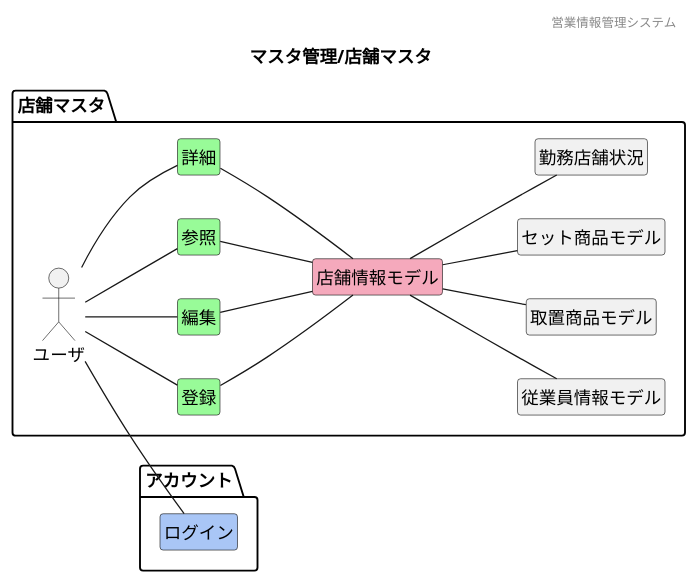
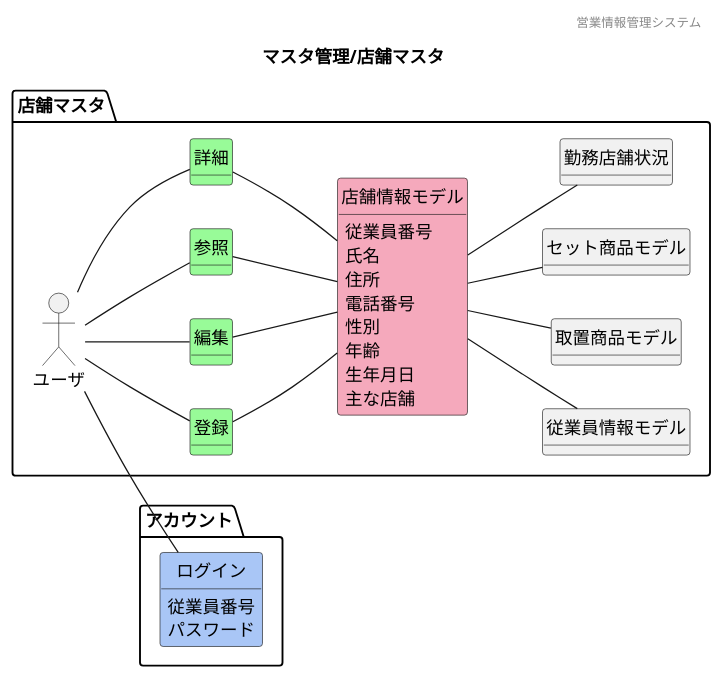
Before and after one commit to HaruShim/Sotuken: the diagram in 各種設計書/1ドメインモデル図/マスタ管理/F02店舗マスタ.plantuml, drawn with PlantUML. The commit also changed 13 other files, not shown here.

```diff
--- a/各種設計書/1ドメインモデル図/マスタ管理/F02店舗マスタ.plantuml
+++ b/各種設計書/1ドメインモデル図/マスタ管理/F02店舗マスタ.plantuml
@@ -1,93 +1,95 @@
 @startuml images/マスタ管理/店舗マスタ
 ' ヘッダー
 header 営業情報管理システム
 ' タイトル
 title マスタ管理/店舗マスタ
 ' 
 hide circle
 ' 
 hide method
-hide members
+' hide members
 left to right direction
 
 package "アカウント"{
     class "ログイン" #A9C6F6
 }
 
 package "店舗マスタ"{
     mix_actor "ユーザ"
     class "登録" #98fb98
     class "編集" #98fb98
     class "参照" #98fb98
     class "詳細" #98fb98
     class "店舗情報モデル" #F5A9BC
     class "従業員情報モデル"
     class "取置商品モデル"
     class "セット商品モデル"
     ' class "" #F5A9BC
     ' class "" #F5A9BC
     
 
     ユーザ -- 参照
     ユーザ -- 登録
     ユーザ -- 編集
     ユーザ -- 詳細
     参照 -- 店舗情報モデル
     登録 -- 店舗情報モデル
     編集 -- 店舗情報モデル
     詳細 -- 店舗情報モデル
     店舗情報モデル -- 勤務店舗状況
     店舗情報モデル -- 従業員情報モデル
     店舗情報モデル -- 取置商品モデル
     店舗情報モデル -- セット商品モデル
 
     店舗情報モデル : 従業員番号
     店舗情報モデル : 氏名
     店舗情報モデル : 住所
     店舗情報モデル : 電話番号
     店舗情報モデル : 性別
     店舗情報モデル : 年齢
     店舗情報モデル : 生年月日
     店舗情報モデル : 主な店舗
-    勤務店舗状況 : 店舗名
-    勤務店舗状況 : 従業員数
-    勤務店舗状況 : 責任者
-    店舗情報モデル : 店舗名
-    店舗情報モデル : 住所
-    店舗情報モデル : 連絡先
-    店舗情報モデル : 店長
-    店舗情報モデル : 主な従業員
-    セット商品モデル : セット商品ID
-    セット商品モデル : セット名
-    セット商品モデル : 商品コード
-    セット商品モデル : 型番
-    セット商品モデル : 店舗ID[FK]
-    セット商品モデル : 商品数
-    セット商品モデル : 作成日時
-    セット商品モデル : 最終更新日時
-    取置商品モデル : 取置予約ID
-    取置商品モデル : 商品コード[FK]
-    取置商品モデル : 型番
-    取置商品モデル : 店舗ID[FK]
-    取置商品モデル : 予約者氏名
-    取置商品モデル : 連絡先
-    取置商品モデル : 予約日時
-    取置商品モデル : 最終更新日時
-    従業員情報モデル : 従業員ID
-    従業員情報モデル : 雇用形態
-    従業員情報モデル : 店舗ID[FK]
-    従業員情報モデル : 氏名
-    従業員情報モデル : 氏名(カナ)
-    従業員情報モデル : 電話番号
-    従業員情報モデル : 性別
-    従業員情報モデル : 生年月日
-    従業員情報モデル : 年齢
-    従業員情報モデル : パスワード
-    従業員情報モデル : 無効フラグ
-    従業員情報モデル : 作成日時
-    従業員情報モデル : 最終更新日時
+    ' 勤務店舗状況 : 店舗名
+    ' 勤務店舗状況 : 従業員数
+    ' 勤務店舗状況 : 責任者
+    ' 店舗情報モデル : 店舗名
+    ' 店舗情報モデル : 住所
+    ' 店舗情報モデル : 連絡先
+    ' 店舗情報モデル : 店長
+    ' 店舗情報モデル : 主な従業員
+    ' セット商品モデル : セット商品ID
+    ' セット商品モデル : セット名
+    ' セット商品モデル : 商品コード
+    ' セット商品モデル : 型番
+    ' セット商品モデル : 店舗ID[FK]
+    ' セット商品モデル : 商品数
+    ' セット商品モデル : 作成日時
+    ' セット商品モデル : 最終更新日時
+    ' 取置商品モデル : 取置予約ID
+    ' 取置商品モデル : 商品コード[FK]
+    ' 取置商品モデル : 型番
+    ' 取置商品モデル : 店舗ID[FK]
+    ' 取置商品モデル : 予約者氏名
+    ' 取置商品モデル : 連絡先
+    ' 取置商品モデル : 予約日時
+    ' 取置商品モデル : 最終更新日時
+    ' 従業員情報モデル : 従業員ID
+    ' 従業員情報モデル : 雇用形態
+    ' 従業員情報モデル : 店舗ID[FK]
+    ' 従業員情報モデル : 氏名
+    ' 従業員情報モデル : 氏名(カナ)
+    ' 従業員情報モデル : 電話番号
+    ' 従業員情報モデル : 性別
+    ' 従業員情報モデル : 生年月日
+    ' 従業員情報モデル : 年齢
+    ' 従業員情報モデル : パスワード
+    ' 従業員情報モデル : 無効フラグ
+    ' 従業員情報モデル : 作成日時
+    ' 従業員情報モデル : 最終更新日時
+    ログイン : 従業員番号
+    ログイン : パスワード
 }
 
 ユーザ -- ログイン
 
 @enduml
```
